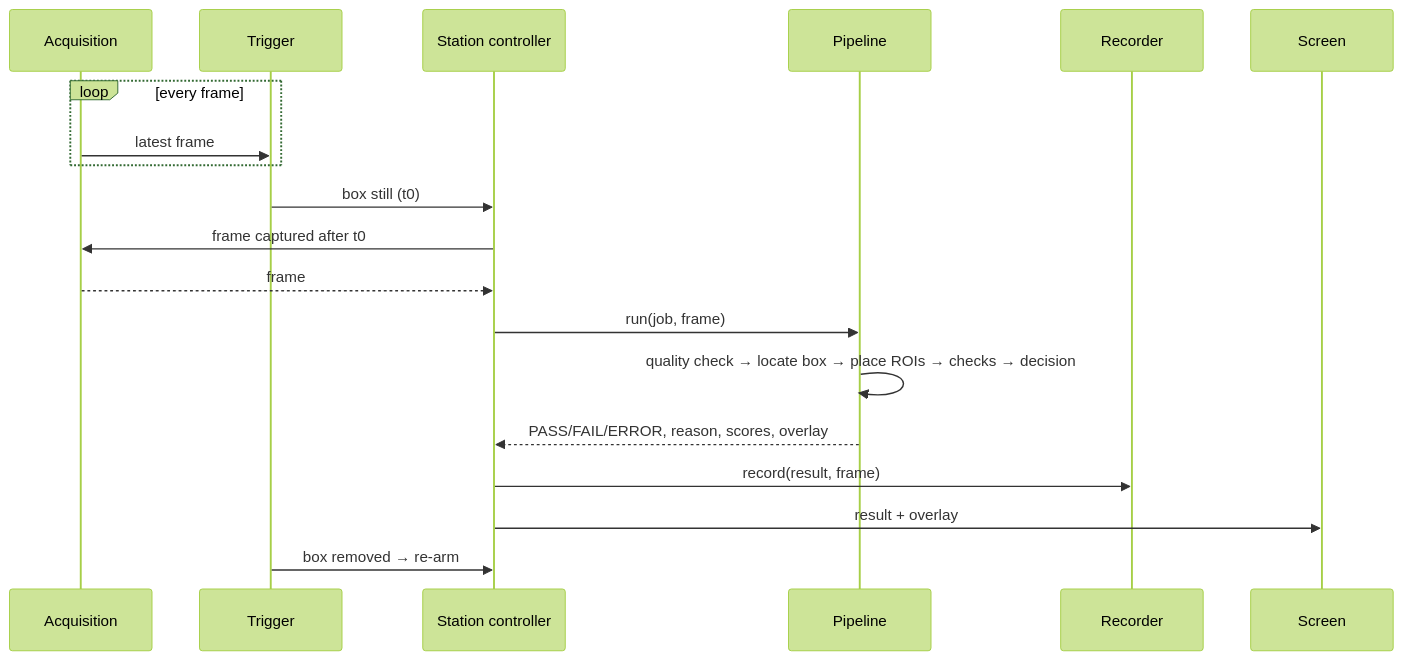
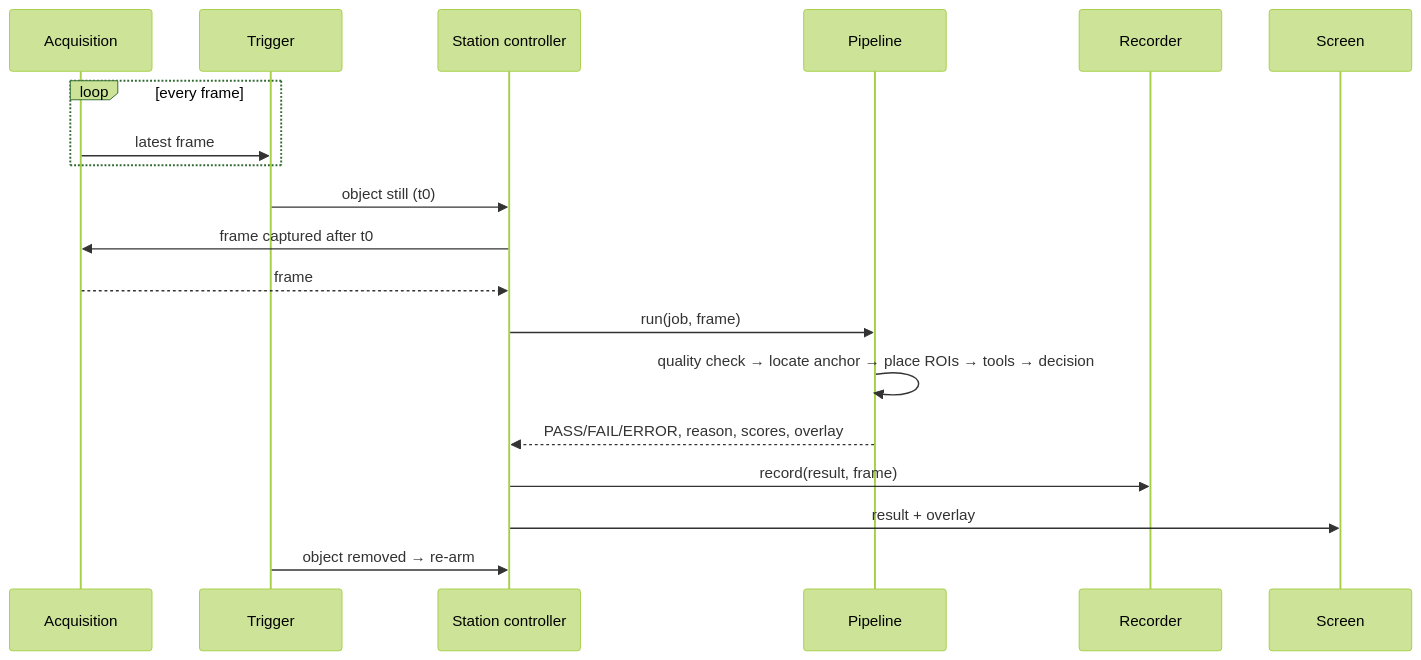
The fourth of 5 diagrams in docs/architecture.md (LucasSiedschlag/vision-station), drawn with Mermaid (forest theme) before and after one commit. The commit also changed other lines of this file and 8 other files, not shown here.

Commit message:
refactor(jobs): rename checks to tools and box to anchor, add trigger modes and job texts

````diff
--- a/docs/architecture.md
+++ b/docs/architecture.md
@@ -366,21 +371,21 @@
 ```mermaid
 sequenceDiagram
     participant ACQ as Acquisition
     participant TRG as Trigger
     participant SC as Station controller
     participant P as Pipeline
     participant R as Recorder
     participant UI as Screen
     loop every frame
         ACQ->>TRG: latest frame
     end
-    TRG->>SC: box still (t0)
+    TRG->>SC: object still (t0)
     SC->>ACQ: frame captured after t0
     ACQ-->>SC: frame
     SC->>P: run(job, frame)
-    P->>P: quality check → locate box → place ROIs → checks → decision
+    P->>P: quality check → locate anchor → place ROIs → tools → decision
     P-->>SC: PASS/FAIL/ERROR, reason, scores, overlay
     SC->>R: record(result, frame)
     SC->>UI: result + overlay
-    TRG->>SC: box removed → re-arm
+    TRG->>SC: object removed → re-arm
 ```
````
